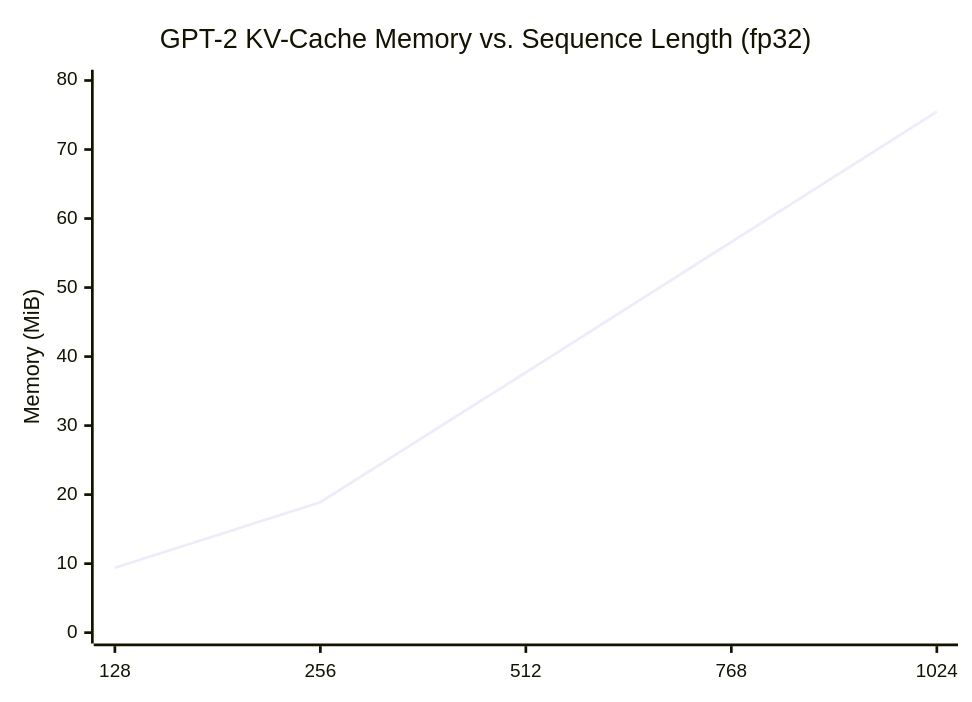
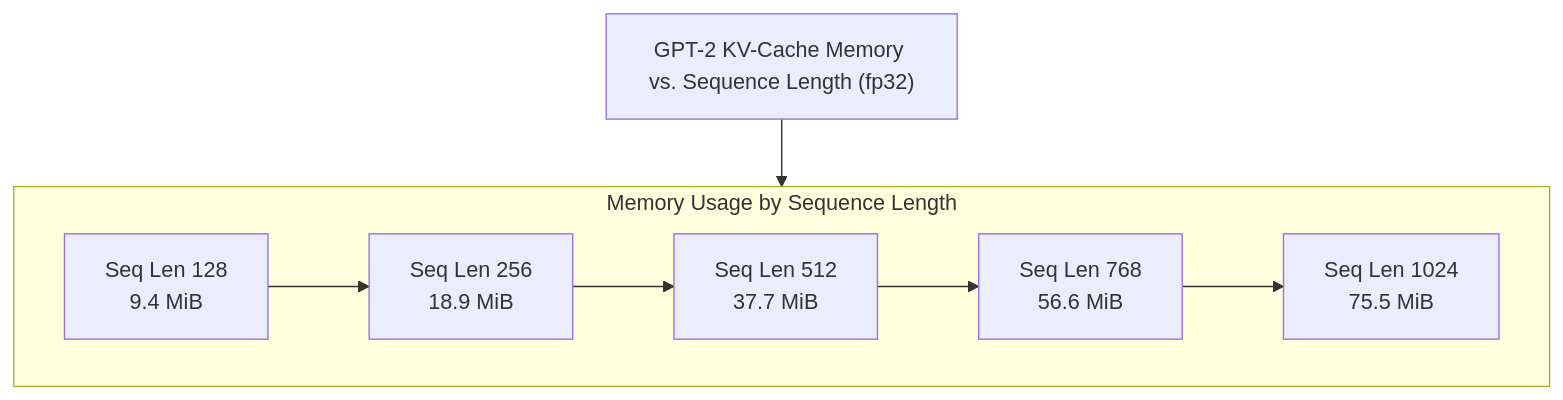
Before and after one commit to blebleblee/synapse: the third of 3 diagrams in topics/computing/ai/ai_foundations/labs.md, drawn with Mermaid. The commit also changed other lines of this file and 1464 other files, not shown here.

Commit message:
feat(release): curriculum vector mermaid upgrade, render hardening, and master synpack

````diff
--- a/topics/computing/ai/ai_foundations/labs.md
+++ b/topics/computing/ai/ai_foundations/labs.md
@@ -979,7 +979,18 @@
 ```mermaid
-xychart-beta
-    title "GPT-2 KV-Cache Memory vs. Sequence Length (fp32)"
-    x-axis ["128", "256", "512", "768", "1024"]
-    y-axis "Memory (MiB)" 0 --> 80
-    line [9.4, 18.9, 37.7, 56.6, 75.5]
+flowchart TD
+    title["GPT-2 KV-Cache Memory vs. Sequence Length (fp32)"]
+
+    subgraph data ["Memory Usage by Sequence Length"]
+        s128["Seq Len 128\n9.4 MiB"]
+        s256["Seq Len 256\n18.9 MiB"]
+        s512["Seq Len 512\n37.7 MiB"]
+        s768["Seq Len 768\n56.6 MiB"]
+        s1024["Seq Len 1024\n75.5 MiB"]
+    end
+
+    title --> data
+    s128 --> s256
+    s256 --> s512
+    s512 --> s768
+    s768 --> s1024
 ```
````
